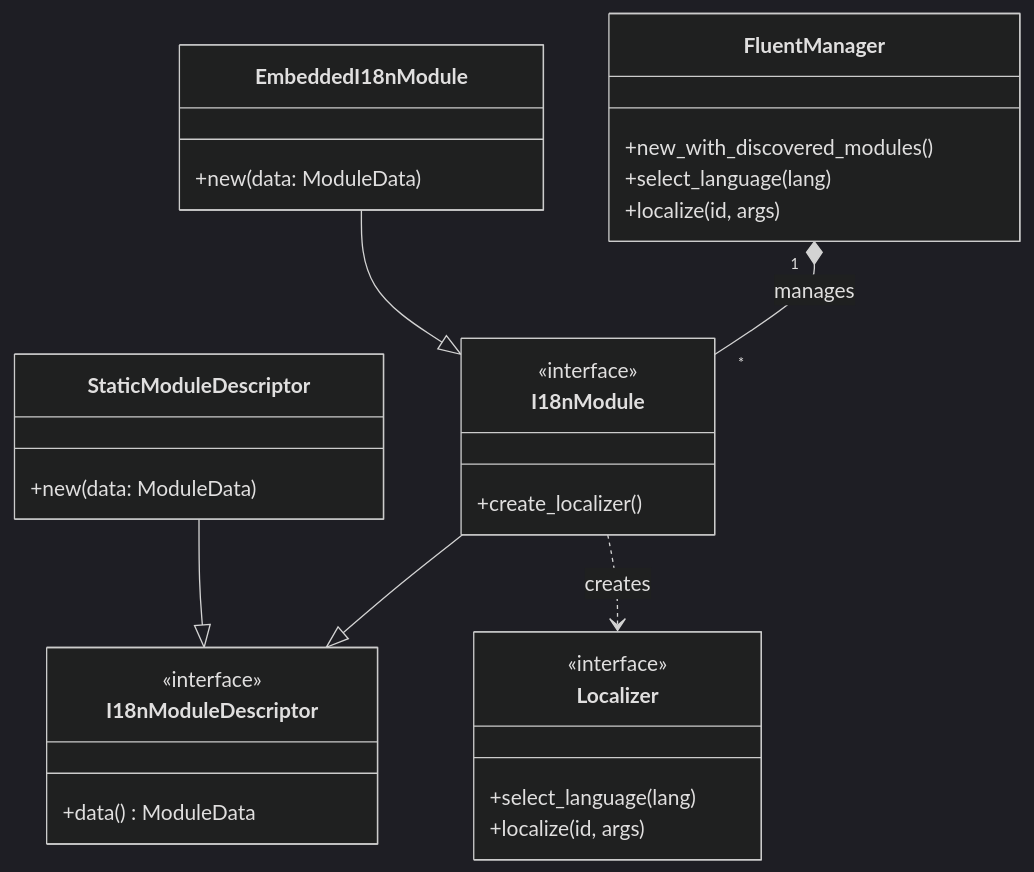
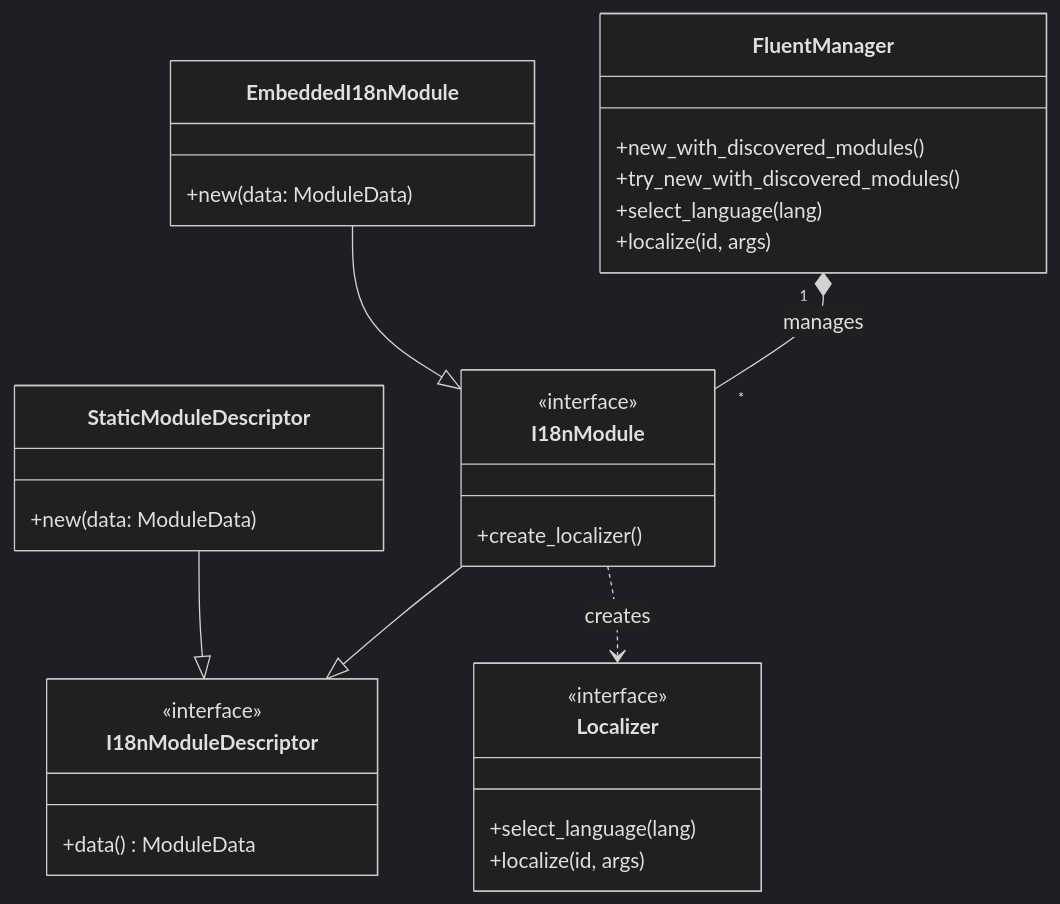
One commit to stayhydated/es-fluent changed the diagram in crates/es-fluent-manager-core/docs/ARCHITECTURE.md. Above: the diagram before and after it, drawn with Mermaid (dark theme). The commit also changed other lines of this file and 19 other files, not shown here.

````diff
--- a/crates/es-fluent-manager-core/docs/ARCHITECTURE.md
+++ b/crates/es-fluent-manager-core/docs/ARCHITECTURE.md
@@ -13,38 +13,39 @@
 ```mermaid
 classDiagram
     class FluentManager {
         +new_with_discovered_modules()
+        +try_new_with_discovered_modules()
         +select_language(lang)
         +localize(id, args)
     }
 
     class I18nModuleDescriptor {
         <<interface>>
         +data() ModuleData
     }
 
     class I18nModule {
         <<interface>>
         +create_localizer()
     }
 
     class Localizer {
         <<interface>>
         +select_language(lang)
         +localize(id, args)
     }
 
     class StaticModuleDescriptor {
         +new(data: ModuleData)
     }
 
     class EmbeddedI18nModule {
         +new(data: ModuleData)
     }
 
     I18nModule --|> I18nModuleDescriptor
     FluentManager "1" *-- "*" I18nModule : manages
     I18nModule ..> Localizer : creates
     StaticModuleDescriptor --|> I18nModuleDescriptor
     EmbeddedI18nModule --|> I18nModule
 ```
````
